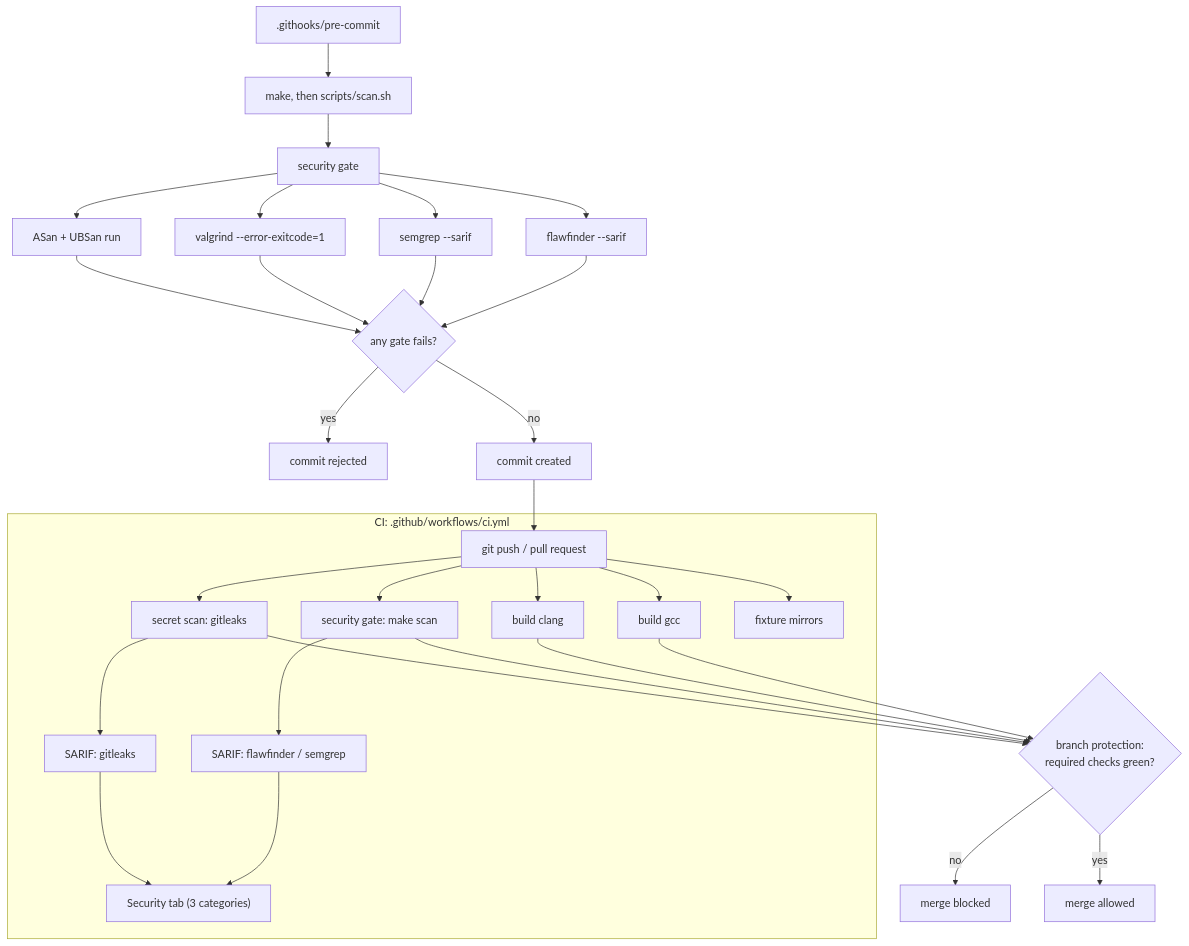
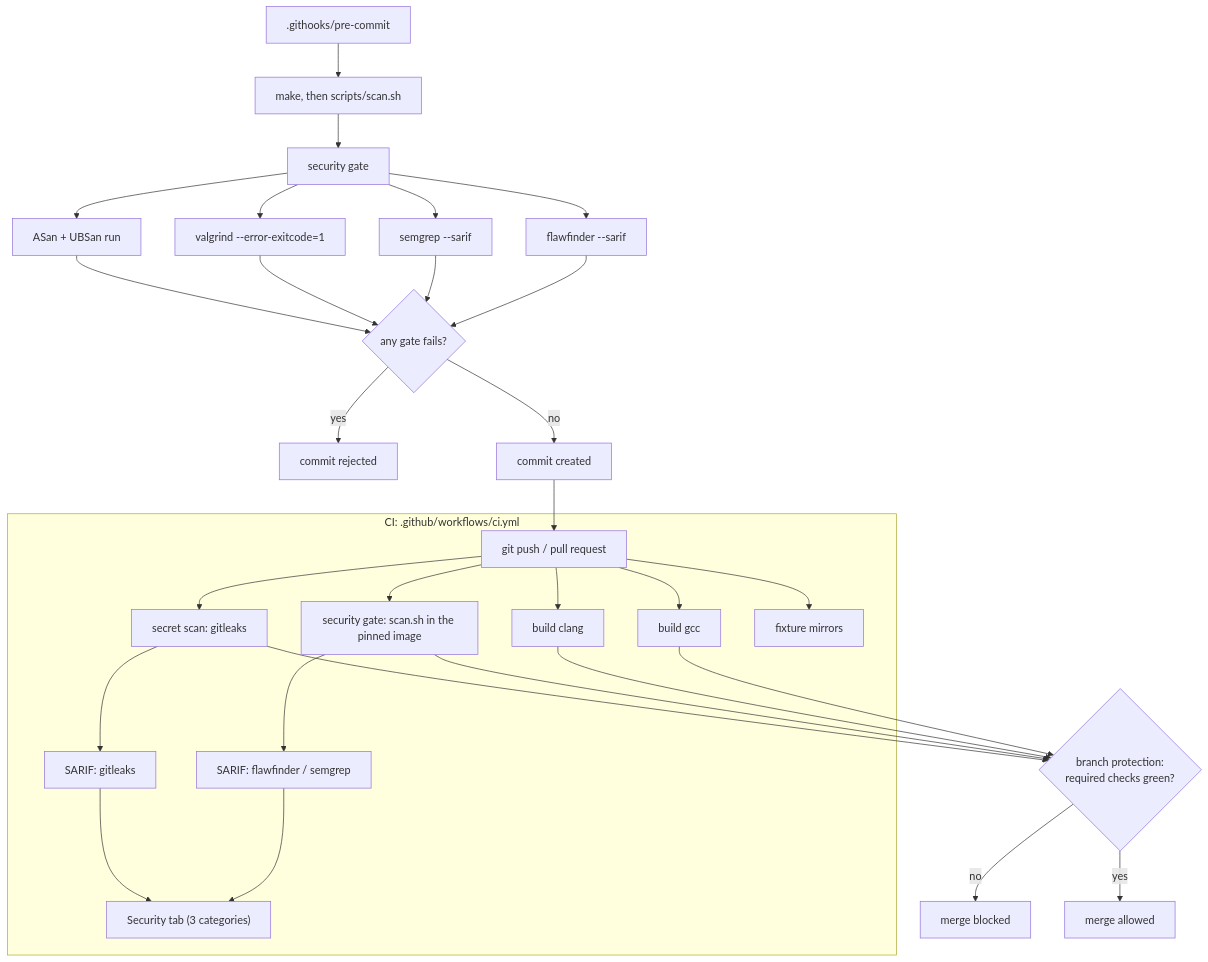
The diagram in README.md (Arnaud1404/c-secure-build), drawn with Mermaid before and after one commit. The commit also changed other lines of this file and 5 other files, not shown here.

````diff
--- a/README.md
+++ b/README.md
@@ -13,30 +9,30 @@
 ```mermaid
 flowchart TD
     A[".githooks/pre-commit"] --> B["make, then scripts/scan.sh"]
     B --> C["security gate"]
     C --> C1["flawfinder --sarif"]
     C --> C2["semgrep --sarif"]
     C --> C3["valgrind --error-exitcode=1"]
     C --> C4["ASan + UBSan run"]
     C1 & C2 & C3 & C4 --> D{"any gate fails?"}
     D -->|yes| E["commit rejected"]
     D -->|no| F["commit created"]
 
     F --> G["git push / pull request"]
 
     subgraph CI["CI: .github/workflows/ci.yml"]
         G --> H1["build gcc"]
         G --> H2["build clang"]
-        G --> H3["security gate: make scan"]
+        G --> H3["security gate: scan.sh in the pinned image"]
         G --> H4["secret scan: gitleaks"]
         G --> H5["fixture mirrors"]
         H3 --> S1["SARIF: flawfinder / semgrep"]
         H4 --> S2["SARIF: gitleaks"]
         S1 --> T["Security tab (3 categories)"]
         S2 --> T
     end
 
     H1 & H2 & H3 & H4 --> P{"branch protection:<br/>required checks green?"}
     P -->|no| M["merge blocked"]
     P -->|yes| N["merge allowed"]
 ```
````
